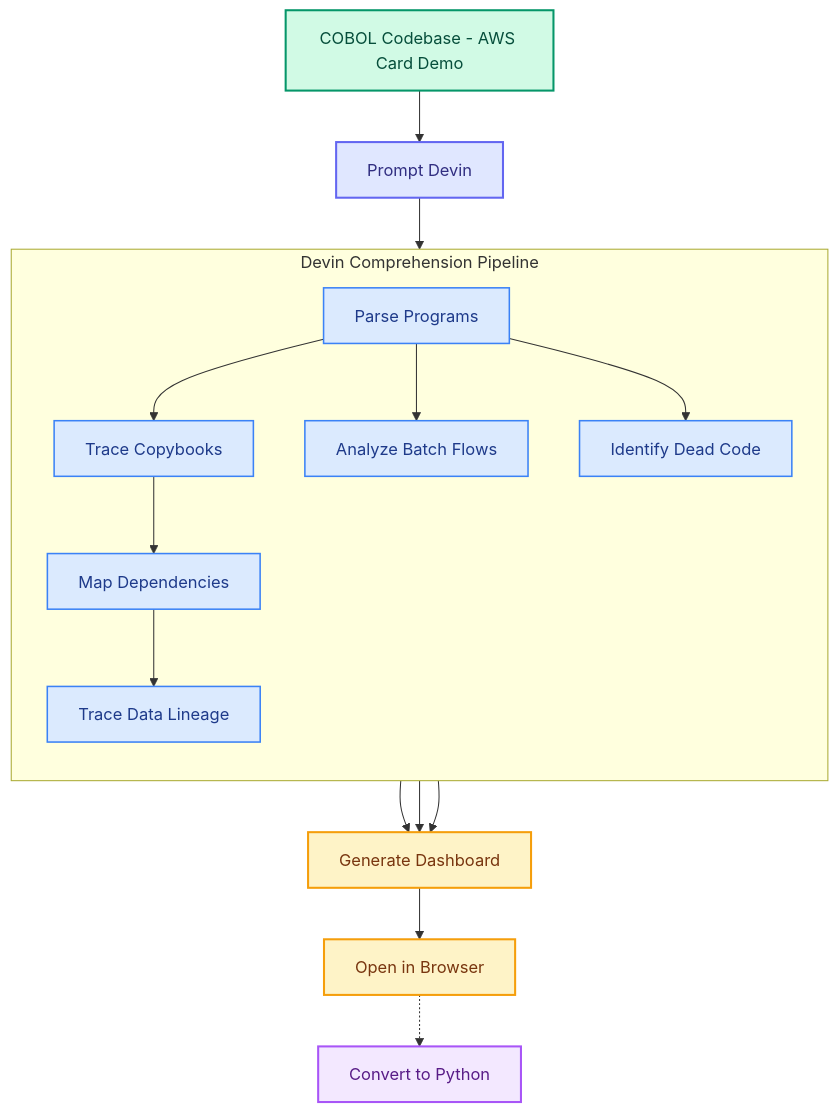
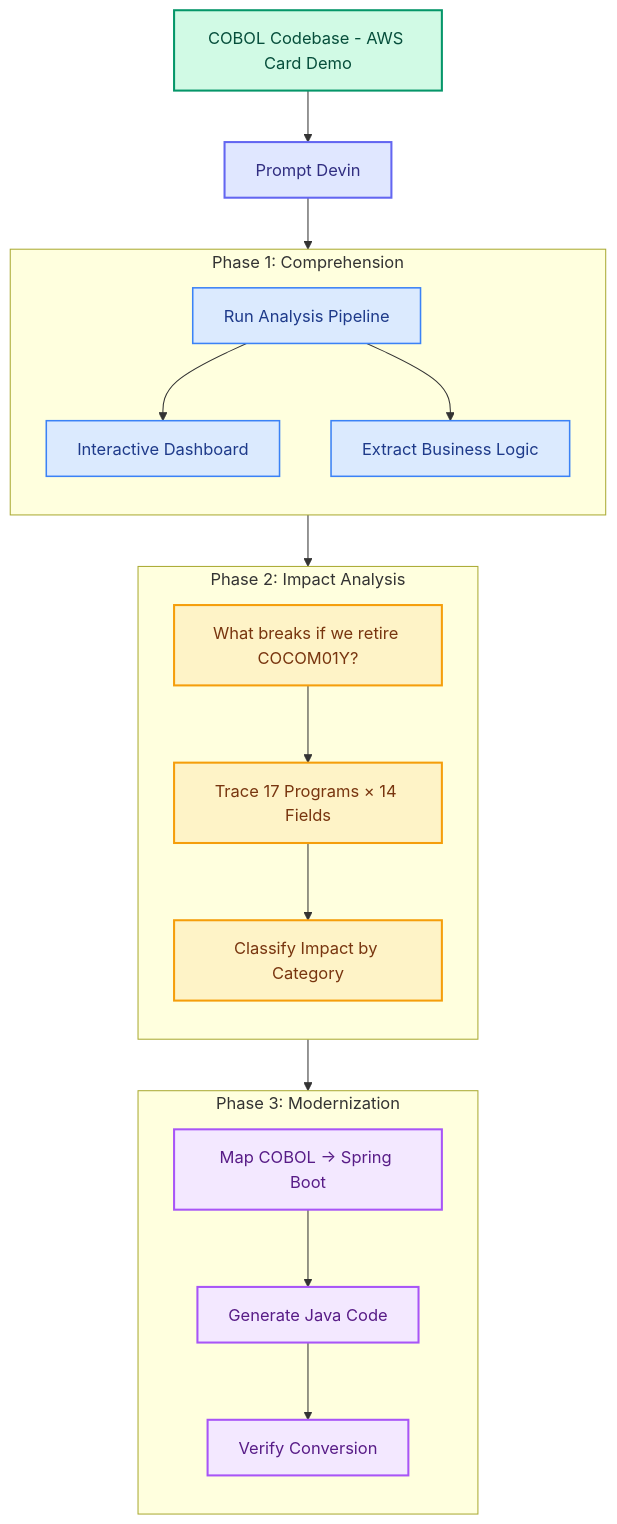
The diagram in README.md (tedfoley-cog/cobol-comprehension-demo), drawn with Mermaid before and after one commit. The commit also changed other lines of this file and 3 other files, not shown here.

First line of the commit message:
Add 3-phase demo flow: comprehension → impact analysis → modernization

````diff
--- a/README.md
+++ b/README.md
@@ -5,44 +5,49 @@
 ```mermaid
 flowchart TD
   COBOL[COBOL Codebase - AWS Card Demo]
   PROMPT[Prompt Devin]
 
-  subgraph COMPREHENSION [Devin Comprehension Pipeline]
+  subgraph PHASE1 [Phase 1: Comprehension]
     direction TB
-    PARSE[Parse Programs]
-    COPY[Trace Copybooks]
-    DEPS[Map Dependencies]
-    BATCH[Analyze Batch Flows]
-    DEAD[Identify Dead Code]
-    LINEAGE[Trace Data Lineage]
+    PIPELINE[Run Analysis Pipeline]
+    DASHBOARD[Interactive Dashboard]
+    BIZLOGIC[Extract Business Logic]
   end
 
-  DASHBOARD[Generate Dashboard]
-  VIEW[Open in Browser]
-  CONVERT[Convert to Python]
+  subgraph PHASE2 [Phase 2: Impact Analysis]
+    direction TB
+    QUESTION["What breaks if we retire COCOM01Y?"]
+    TRACE[Trace 17 Programs × 14 Fields]
+    IMPACT[Classify Impact by Category]
+  end
+
+  subgraph PHASE3 [Phase 3: Modernization]
+    direction TB
+    MAP[Map COBOL → Spring Boot]
+    GENERATE[Generate Java Code]
+    VERIFY[Verify Conversion]
+  end
 
   COBOL --> PROMPT
-  PROMPT --> PARSE
-  PARSE --> COPY
-  PARSE --> BATCH
-  PARSE --> DEAD
-  COPY --> DEPS
-  DEPS --> LINEAGE
-  LINEAGE --> DASHBOARD
-  BATCH --> DASHBOARD
-  DEAD --> DASHBOARD
-  DASHBOARD --> VIEW
-  VIEW -.-> CONVERT
+  PROMPT --> PIPELINE
+  PIPELINE --> DASHBOARD
+  PIPELINE --> BIZLOGIC
+  BIZLOGIC --> QUESTION
+  QUESTION --> TRACE
+  TRACE --> IMPACT
+  IMPACT --> MAP
+  MAP --> GENERATE
+  GENERATE --> VERIFY
 
   classDef source    fill:#d1fae5,stroke:#059669,stroke-width:2px,color:#064e3b
   classDef trigger   fill:#e0e7ff,stroke:#6366f1,stroke-width:2px,color:#312e81
-  classDef pipeline  fill:#dbeafe,stroke:#3b82f6,stroke-width:1.5px,color:#1e3a8a
-  classDef output    fill:#fef3c7,stroke:#f59e0b,stroke-width:2px,color:#78350f
-  classDef optional  fill:#f3e8ff,stroke:#a855f7,stroke-width:2px,color:#581c87
+  classDef phase1    fill:#dbeafe,stroke:#3b82f6,stroke-width:1.5px,color:#1e3a8a
+  classDef phase2    fill:#fef3c7,stroke:#f59e0b,stroke-width:2px,color:#78350f
+  classDef phase3    fill:#f3e8ff,stroke:#a855f7,stroke-width:2px,color:#581c87
 
   class COBOL source
   class PROMPT trigger
-  class PARSE,COPY,DEPS,BATCH,DEAD,LINEAGE pipeline
-  class DASHBOARD,VIEW output
-  class CONVERT optional
+  class PIPELINE,DASHBOARD,BIZLOGIC phase1
+  class QUESTION,TRACE,IMPACT phase2
+  class MAP,GENERATE,VERIFY phase3
 ```
````
